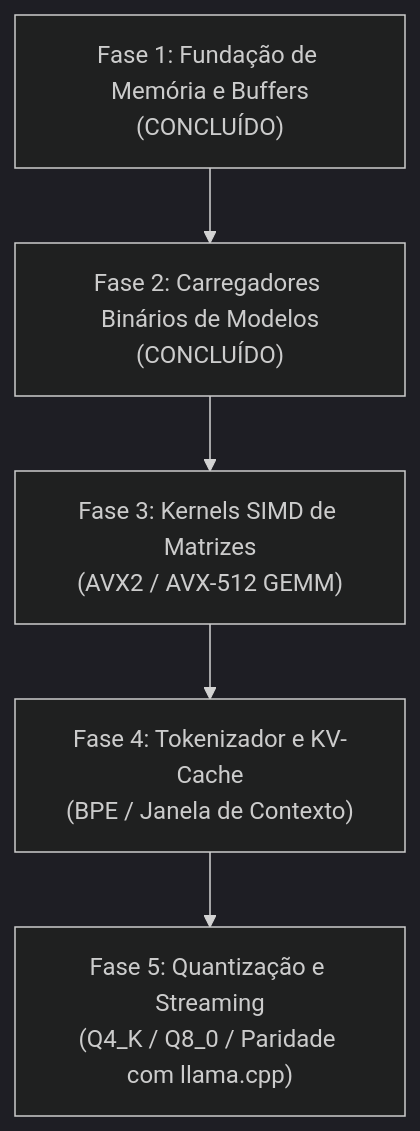
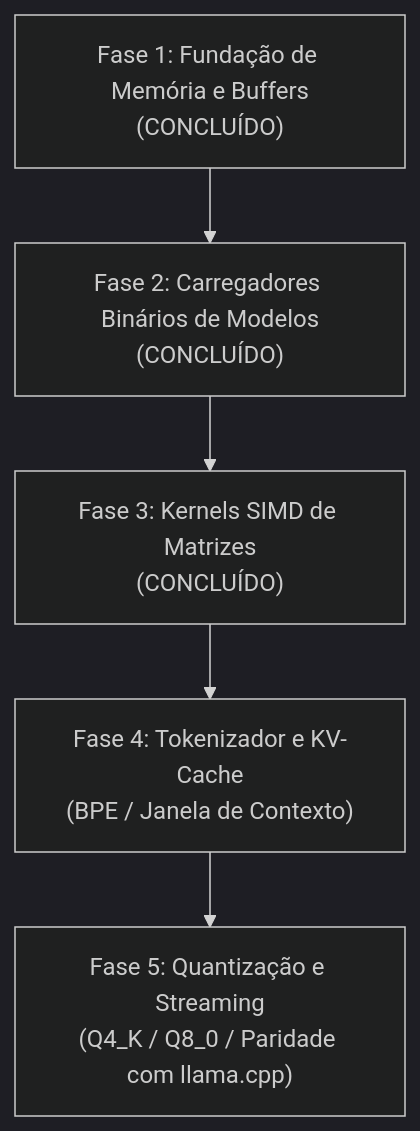
The diagram in docs/AI_ENGINE_ROADMAP.pt-BR.md (kazlang/kaz), drawn with Mermaid (dark theme) before and after one commit. The commit also changed other lines of this file and 1 other file, not shown here.

Commit message:
feat(ai-engine): update binary and docs with Phase 3 SIMD kernels and float negation fix

````diff
--- a/docs/AI_ENGINE_ROADMAP.pt-BR.md
+++ b/docs/AI_ENGINE_ROADMAP.pt-BR.md
@@ -20,7 +20,7 @@
 ```mermaid
 flowchart TD
     M1["Fase 1: Fundação de Memória e Buffers<br/>(CONCLUÍDO)"] --> M2["Fase 2: Carregadores Binários de Modelos<br/>(CONCLUÍDO)"]
-    M2 --> M3["Fase 3: Kernels SIMD de Matrizes<br/>(AVX2 / AVX-512 GEMM)"]
+    M2 --> M3["Fase 3: Kernels SIMD de Matrizes<br/>(CONCLUÍDO)"]
     M3 --> M4["Fase 4: Tokenizador e KV-Cache<br/>(BPE / Janela de Contexto)"]
     M4 --> M5["Fase 5: Quantização e Streaming<br/>(Q4_K / Q8_0 / Paridade com llama.cpp)"]
 ```
````
